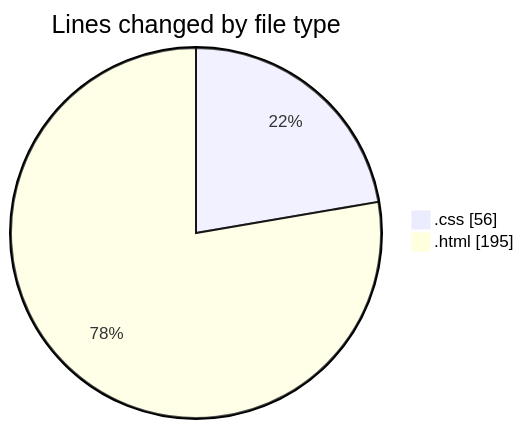
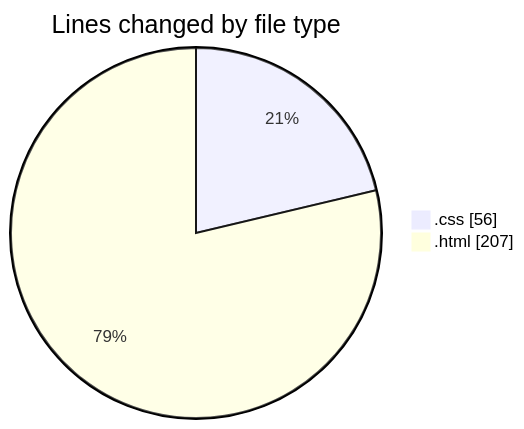
Before and after one commit to NitaiMahat/code-tracking: the first of 2 diagrams in 2025-02-04/recipe-page-main/README.md, drawn with Mermaid. The commit also changed other lines of this file and 1 other file, not shown here.

````diff
--- a/2025-02-04/recipe-page-main/README.md
+++ b/2025-02-04/recipe-page-main/README.md
@@ -21,6 +21,6 @@
 ```mermaid
 pie showData
 title Lines changed by file type
 ".css" : 56
-".html" : 195
+".html" : 207
 ```
````
